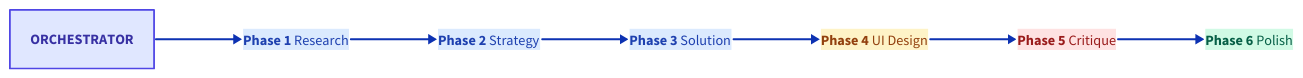
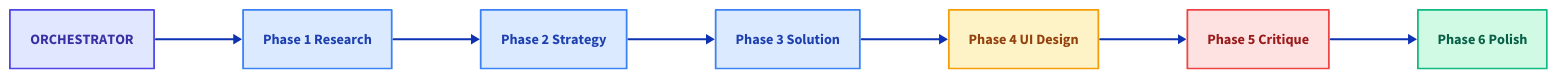
Before and after one commit to smileynet/ui-optimizer: the second of 9 diagrams in docs/reference/diagram-comparison.md, drawn with D2. The commit also changed other lines of this file and 2 other files, not shown here.

First line of the commit message:
fix: diagram improvements - semantic colors and D2 inline styles

````diff
--- a/docs/reference/diagram-comparison.md
+++ b/docs/reference/diagram-comparison.md
@@ -42,76 +42,43 @@
 ```d2
 direction: right
 
-# Define semantic style classes
-classes: {
-  orchestrator: {
-    style.fill: "#E0E7FF"
-    style.stroke: "#4F46E5"
-    style.font-color: "#3730A3"
-  }
-  research: {
-    style.fill: "#DBEAFE"
-    style.stroke: "#3B82F6"
-    style.font-color: "#1E40AF"
-  }
-  design: {
-    style.fill: "#FEF3C7"
-    style.stroke: "#F59E0B"
-    style.font-color: "#92400E"
-  }
-  validate: {
-    style.fill: "#FEE2E2"
-    style.stroke: "#EF4444"
-    style.font-color: "#991B1B"
-  }
-  complete: {
-    style.fill: "#D1FAE5"
-    style.stroke: "#10B981"
-    style.font-color: "#065F46"
-  }
+orchestrator: ORCHESTRATOR {
+  style.fill: "#E0E7FF"
+  style.stroke: "#4F46E5"
+  style.font-color: "#3730A3"
 }
 
-orchestrator: ORCHESTRATOR {
-  class: orchestrator
+p1: Phase 1 Research {
+  style.fill: "#DBEAFE"
+  style.stroke: "#3B82F6"
+  style.font-color: "#1E40AF"
 }
-
-p1: |md
-  **Phase 1**
-  Research
-| {
-  class: research
+p2: Phase 2 Strategy {
+  style.fill: "#DBEAFE"
+  style.stroke: "#3B82F6"
+  style.font-color: "#1E40AF"
 }
-p2: |md
-  **Phase 2**
-  Strategy
-| {
-  class: research
+p3: Phase 3 Solution {
+  style.fill: "#DBEAFE"
+  style.stroke: "#3B82F6"
+  style.font-color: "#1E40AF"
 }
-p3: |md
-  **Phase 3**
-  Solution
-| {
-  class: research
+p4: Phase 4 UI Design {
+  style.fill: "#FEF3C7"
+  style.stroke: "#F59E0B"
+  style.font-color: "#92400E"
 }
-p4: |md
-  **Phase 4**
-  UI Design
-| {
-  class: design
+p5: Phase 5 Critique {
+  style.fill: "#FEE2E2"
+  style.stroke: "#EF4444"
+  style.font-color: "#991B1B"
 }
-p5: |md
-  **Phase 5**
-  Critique
-| {
-  class: validate
-}
-p6: |md
-  **Phase 6**
-  Polish
-| {
-  class: complete
+p6: Phase 6 Polish {
+  style.fill: "#D1FAE5"
+  style.stroke: "#10B981"
+  style.font-color: "#065F46"
 }
 
 orchestrator -> p1
 p1 -> p2 -> p3 -> p4 -> p5 -> p6
 ```
````
